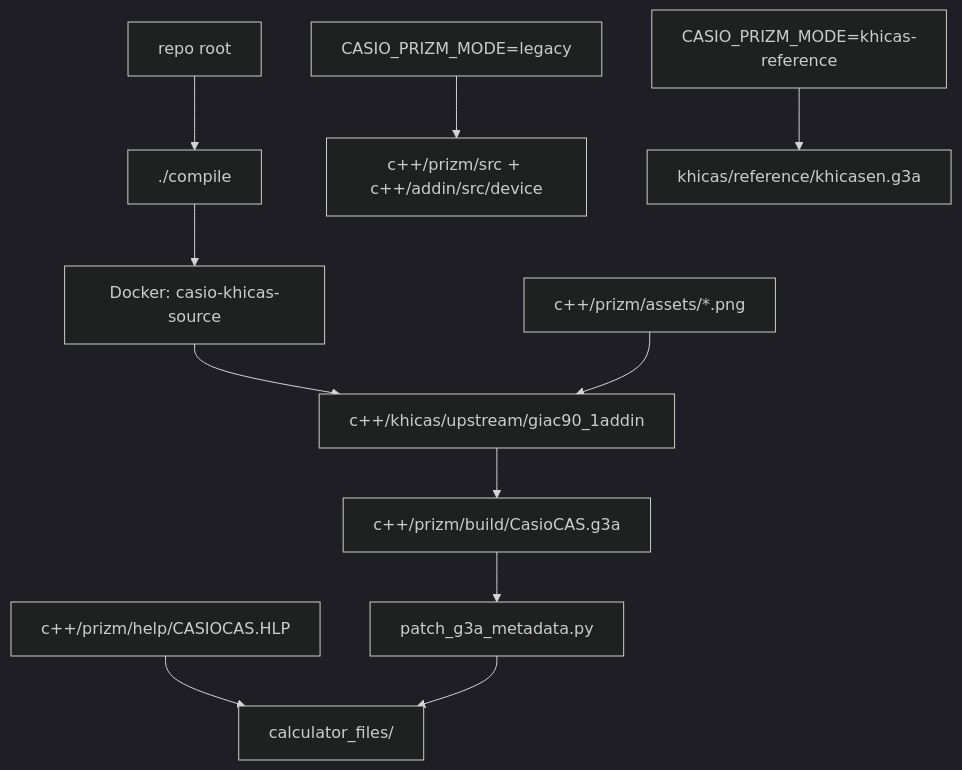
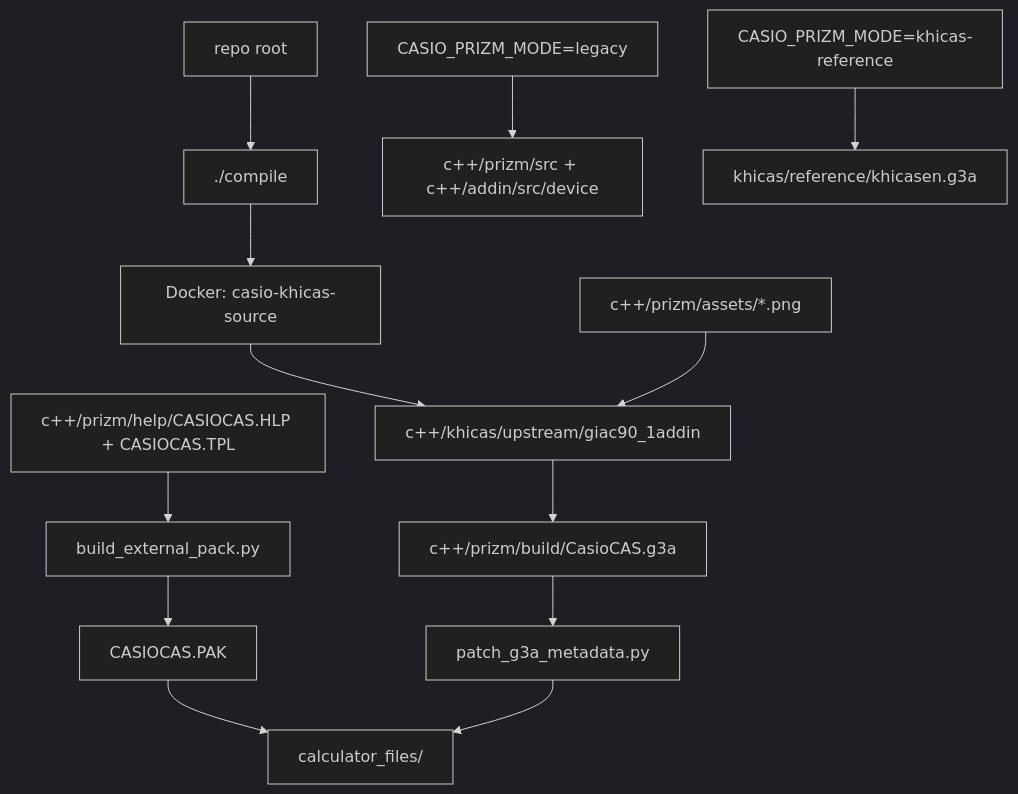
The first of 8 diagrams in c++/GRAPH.md (james8464/notes-addin-casio-fx-cg50), drawn with Mermaid (dark theme) before and after one commit. The commit also changed other lines of this file and 7 other files, not shown here.

````diff
--- a/c++/GRAPH.md
+++ b/c++/GRAPH.md
@@ -8,14 +8,16 @@
 ```mermaid
 graph TD
   Root["repo root"] --> Compile["./compile"]
   Compile --> Docker["Docker: casio-khicas-source"]
   Docker --> Src["c++/khicas/upstream/giac90_1addin"]
   Src --> G3A["c++/prizm/build/CasioCAS.g3a"]
   Assets["c++/prizm/assets/*.png"] --> Src
-  HLP["c++/prizm/help/CASIOCAS.HLP"] --> Transfer
+  HelpSrc["c++/prizm/help/CASIOCAS.HLP + CASIOCAS.TPL"] --> Pack["build_external_pack.py"]
+  Pack --> PAK["CASIOCAS.PAK"]
   G3A --> Patch["patch_g3a_metadata.py"]
+  PAK --> Transfer
   Patch --> Transfer["calculator_files/"]
 
   Legacy["CASIO_PRIZM_MODE=legacy"] --> Prizm["c++/prizm/src + c++/addin/src/device"]
   Ref["CASIO_PRIZM_MODE=khicas-reference"] --> UpG3A["khicas/reference/khicasen.g3a"]
 ```
````
